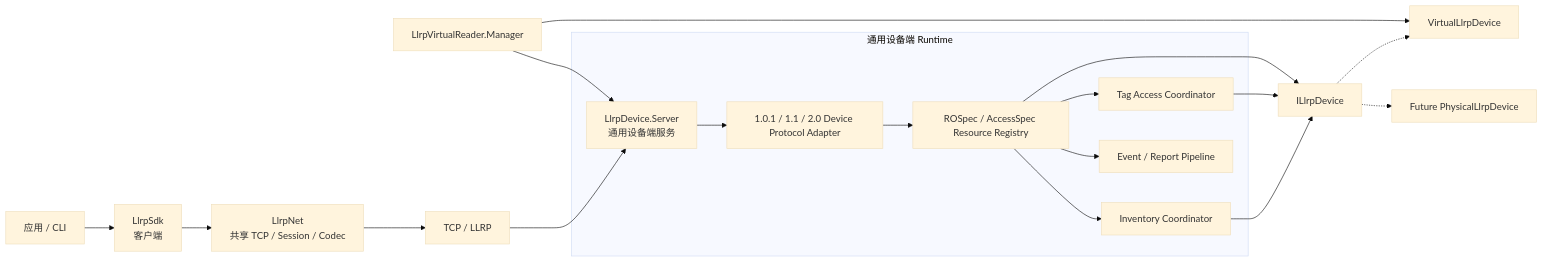
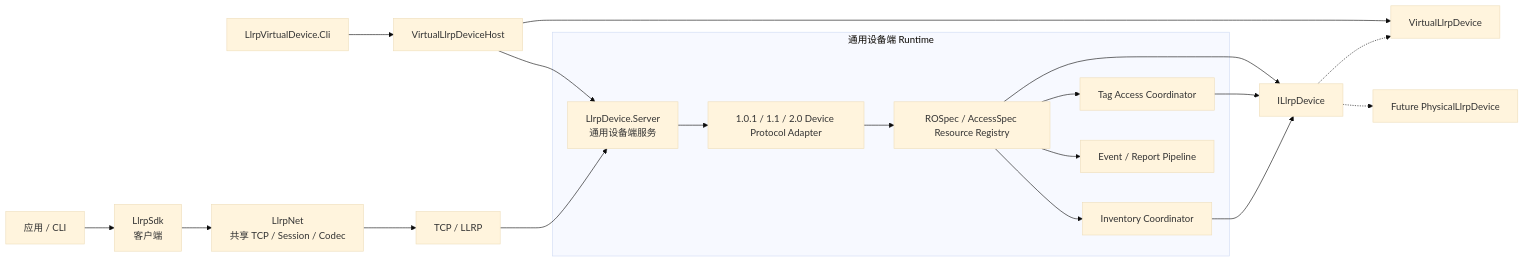
The diagram in docs/architecture/llrp-device-server-virtual-device-migration-plan.md (newton5555/LLRPCSharp), drawn with Mermaid (base theme) before and after one commit. The commit also changed other lines of this file and 51 other files, not shown here.

Commit message:
refactor: separate client and virtual device CLI boundaries

````diff
--- a/docs/architecture/llrp-device-server-virtual-device-migration-plan.md
+++ b/docs/architecture/llrp-device-server-virtual-device-migration-plan.md
@@ -95,25 +93,26 @@
 ```mermaid
 flowchart LR
     App["应用 / CLI"] --> SDK["LlrpSdk<br/>客户端"]
     SDK --> Net["LlrpNet<br/>共享 TCP / Session / Codec"]
     Net --> Wire["TCP / LLRP"]
     Wire --> Server["LlrpDevice.Server<br/>通用设备端服务"]
 
     subgraph Runtime["通用设备端 Runtime"]
         Server --> Adapter["1.0.1 / 1.1 / 2.0 Device Protocol Adapter"]
         Adapter --> Registry["ROSpec / AccessSpec Resource Registry"]
         Registry --> Inventory["Inventory Coordinator"]
         Registry --> Access["Tag Access Coordinator"]
         Registry --> Reports["Event / Report Pipeline"]
     end
 
     Inventory --> Contract["ILlrpDevice"]
     Access --> Contract
     Registry --> Contract
 
     Contract -.-> Virtual["VirtualLlrpDevice"]
     Contract -.-> Physical["Future PhysicalLlrpDevice"]
 
-    Manager["LlrpVirtualReader.Manager"] --> Server
-    Manager --> Virtual
+    DeviceCli["LlrpVirtualDevice.Cli"] --> Host["VirtualLlrpDeviceHost"]
+    Host --> Server
+    Host --> Virtual
 ```
````
